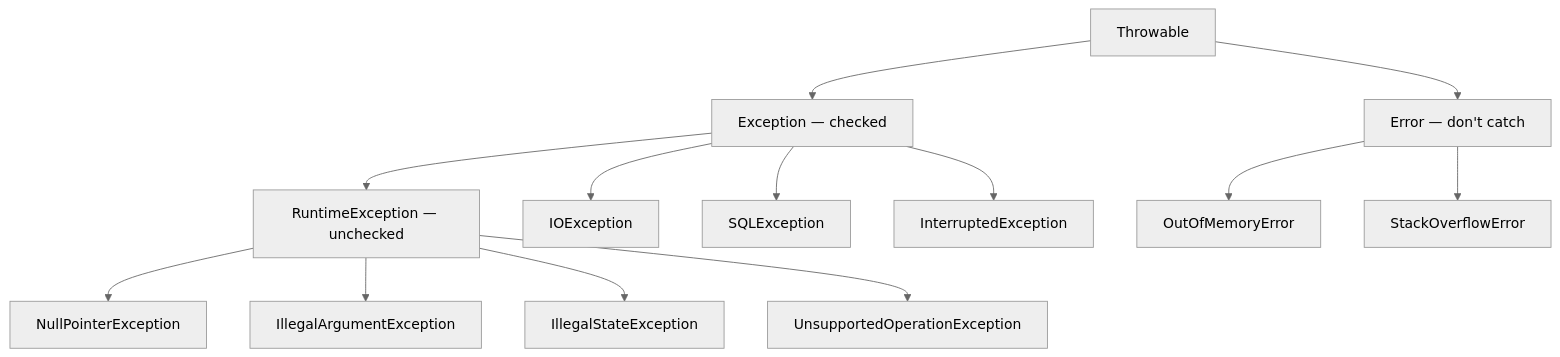
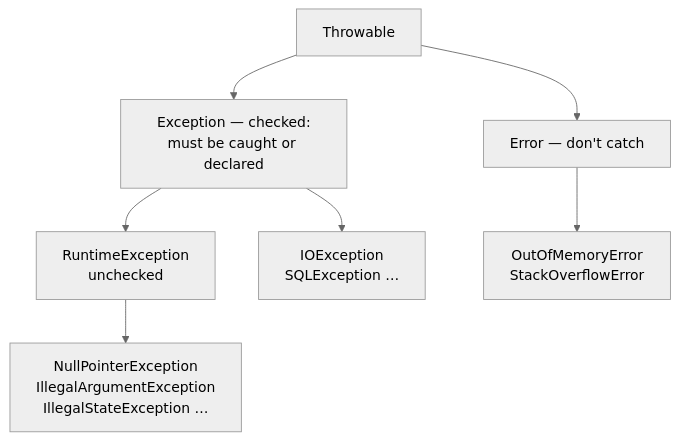
The diagram in src/content/topics/java-runtime/exceptions/diagrams/exception-hierarchy.mmd (dhaval-76/engineering-field-guide), drawn with Mermaid (neutral theme) before and after one commit. The commit also changed 21 other files, not shown here.

Commit message:
Every diagram now fits a phone: decision flows became DecisionGuides, thread states redrawn, remaining flowcharts narrowed

```diff
--- a/src/content/topics/java-runtime/exceptions/diagrams/exception-hierarchy.mmd
+++ b/src/content/topics/java-runtime/exceptions/diagrams/exception-hierarchy.mmd
@@ -1,16 +1,10 @@
 flowchart TB
-  T["Throwable"] --> E["Exception — checked"]
+  T["Throwable"] --> E["Exception — checked:<br/>must be caught or declared"]
   T --> ER["Error — don't catch"]
-  E --> RE["RuntimeException — unchecked"]
-  E --> IO["IOException"]
-  E --> SQL["SQLException"]
-  E --> IE["InterruptedException"]
-  RE --> NPE["NullPointerException"]
-  RE --> IAE["IllegalArgumentException"]
-  RE --> ISE["IllegalStateException"]
-  RE --> UOE["UnsupportedOperationException"]
-  ER --> OOM["OutOfMemoryError"]
-  ER --> SOE["StackOverflowError"]
+  E --> RE["RuntimeException<br/>unchecked"]
+  E --> CK["IOException<br/>SQLException …"]
+  RE --> UN["NullPointerException<br/>IllegalArgumentException<br/>IllegalStateException …"]
+  ER --> EE["OutOfMemoryError<br/>StackOverflowError"]
   class E accent
   class RE ok
   class ER bad
```
